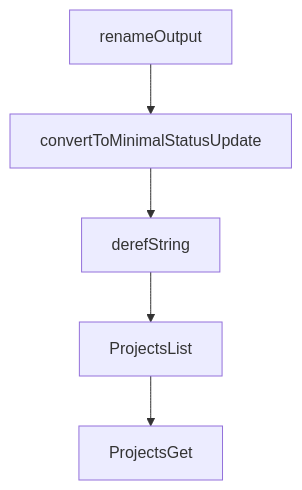
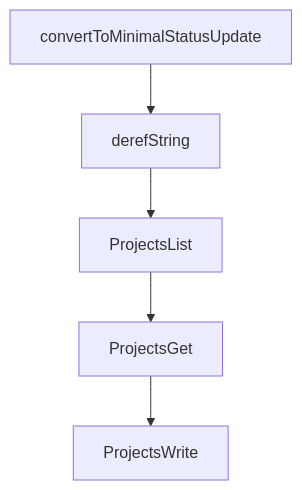
The diagram in tutorials/github-mcp-server-tutorial/01-getting-started.md (johnxie/awesome-code-docs), drawn with Mermaid before and after one commit. The commit also changed other lines of this file and 1232 other files, not shown here.

````diff
--- a/tutorials/github-mcp-server-tutorial/01-getting-started.md
+++ b/tutorials/github-mcp-server-tutorial/01-getting-started.md
@@ -219,12 +217,12 @@
 ```mermaid
 flowchart TD
-    A[renameOutput]
-    B[convertToMinimalStatusUpdate]
-    C[derefString]
-    D[ProjectsList]
-    E[ProjectsGet]
+    A[convertToMinimalStatusUpdate]
+    B[derefString]
+    C[ProjectsList]
+    D[ProjectsGet]
+    E[ProjectsWrite]
     A --> B
     B --> C
     C --> D
     D --> E
 ```
````
